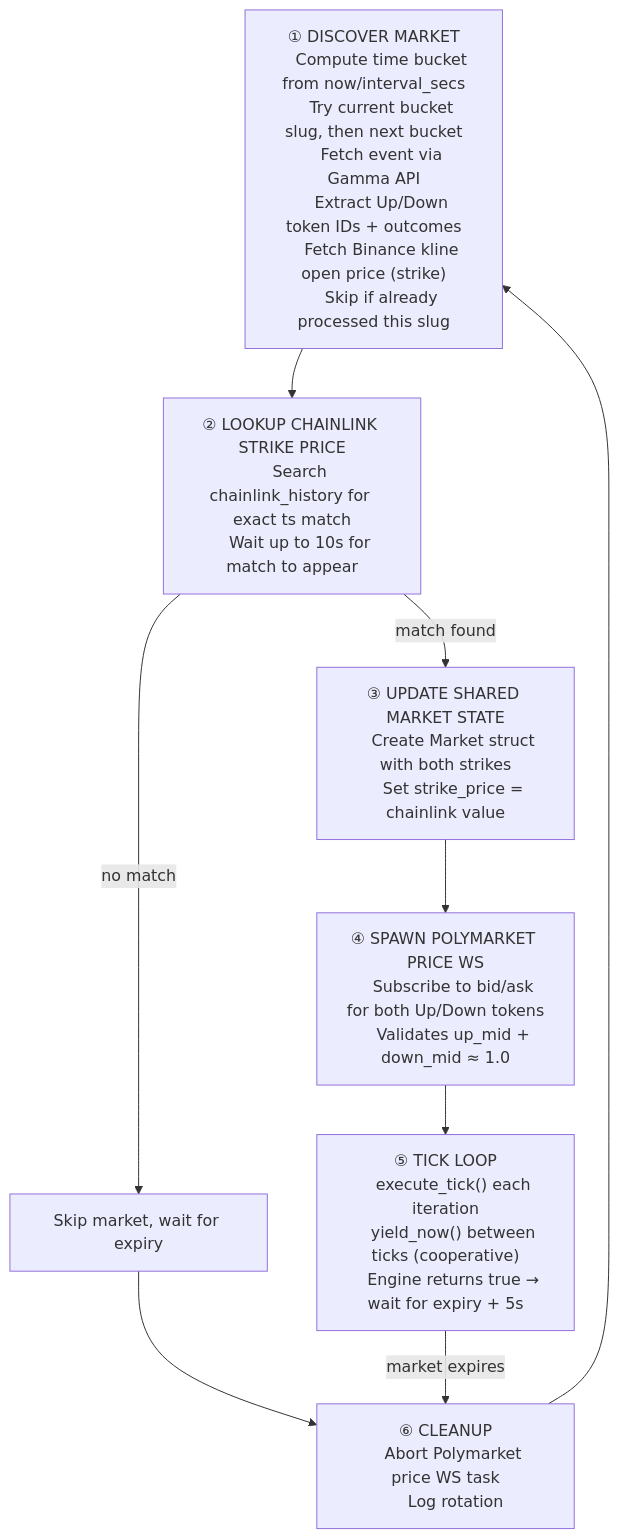
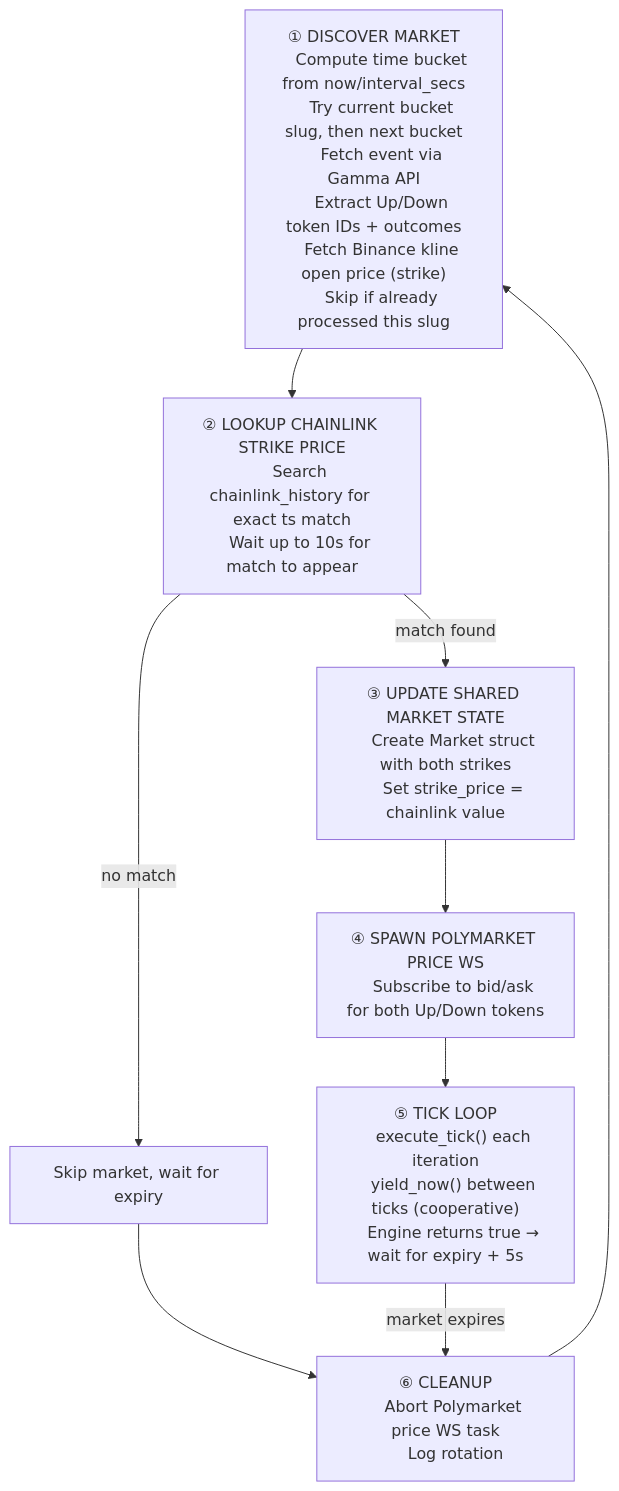
The second of 4 diagrams in docs/WORKFLOW.md (bbono/serekes), drawn with Mermaid before and after one commit. The commit also changed other lines of this file and 1 other file, not shown here.

````diff
--- a/docs/WORKFLOW.md
+++ b/docs/WORKFLOW.md
@@ -34,40 +34,39 @@
 ```mermaid
 flowchart TD
     S1["① DISCOVER MARKET
     Compute time bucket from now/interval_secs
     Try current bucket slug, then next bucket
     Fetch event via Gamma API
     Extract Up/Down token IDs + outcomes
     Fetch Binance kline open price (strike)
     Skip if already processed this slug"]
 
     S2["② LOOKUP CHAINLINK STRIKE PRICE
     Search chainlink_history for exact ts match
     Wait up to 10s for match to appear"]
 
     S3["③ UPDATE SHARED MARKET STATE
     Create Market struct with both strikes
     Set strike_price = chainlink value"]
 
     S4["④ SPAWN POLYMARKET PRICE WS
-    Subscribe to bid/ask for both Up/Down tokens
-    Validates up_mid + down_mid ≈ 1.0"]
+    Subscribe to bid/ask for both Up/Down tokens"]
 
     S5["⑤ TICK LOOP
     execute_tick() each iteration
     yield_now() between ticks (cooperative)
     Engine returns true → wait for expiry + 5s"]
 
     S6["⑥ CLEANUP
     Abort Polymarket price WS task
     Log rotation"]
 
     S1 --> S2
     S2 -->|no match| SKIP["Skip market, wait for expiry"]
     SKIP --> S6
     S2 -->|match found| S3
     S3 --> S4
     S4 --> S5
     S5 -->|market expires| S6
     S6 --> S1
 ```
````
